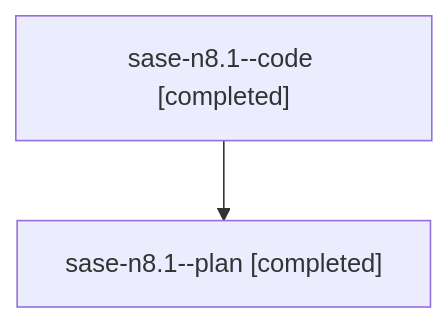
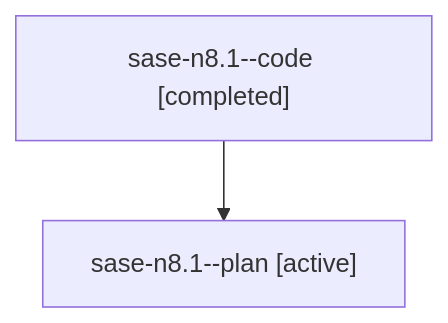
One commit to sase-org/sase--agents changed the diagram in families/bbugyi200.athena.sase-n8.1.md. Above: the diagram before and after it, drawn with Mermaid. The commit also changed other lines of this file and 35830 other files, not shown here.

````diff
--- a/families/bbugyi200.athena.sase-n8.1.md
+++ b/families/bbugyi200.athena.sase-n8.1.md
@@ -9,6 +9,6 @@
 ```mermaid
 flowchart TD
   n0["sase-n8.1--code [completed]"]
-  n1["sase-n8.1--plan [completed]"]
+  n1["sase-n8.1--plan [active]"]
   n0 --> n1
 ```
````
